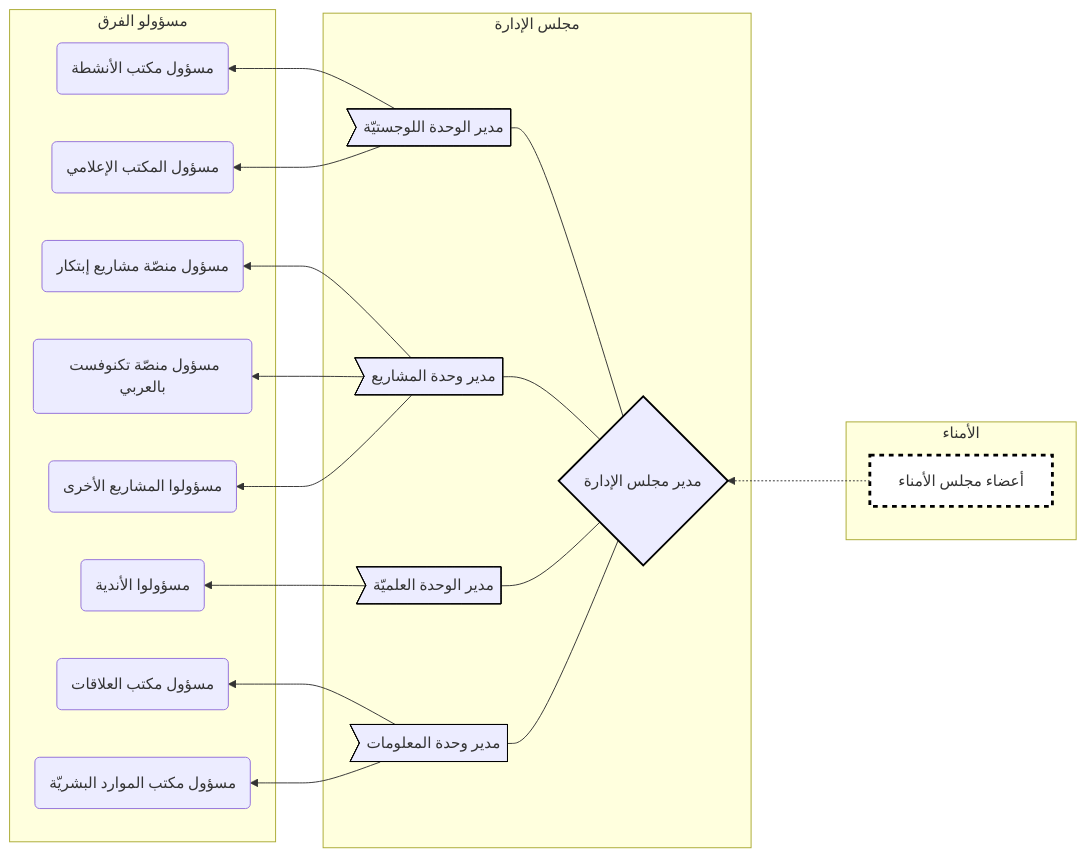
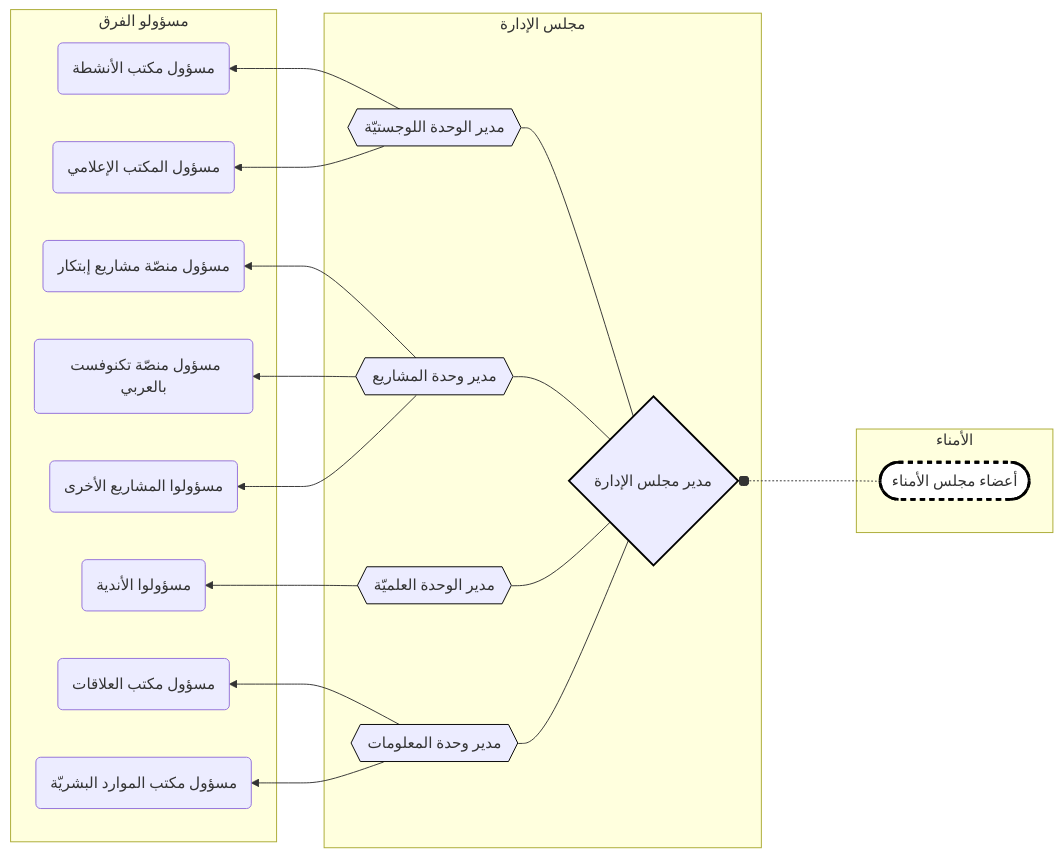
The second of 2 diagrams in README22.md (cankanalbir/system1), drawn with Mermaid before and after one commit. The commit also changed other lines of this file, not shown here.

````diff
--- a/README22.md
+++ b/README22.md
@@ -103,37 +130,37 @@
 ``` mermaid
 flowchart RL
 
 subgraph 0 [الأمناء]
-BOT[أعضاء مجلس الأمناء]
+BOT([أعضاء مجلس الأمناء])
 end
 
-BOT -..-> BOD{مدير مجلس الإدارة}
+BOT -..-o BOD{مدير مجلس الإدارة}
 style BOT fill:white,stroke:black,stroke-width:3px,stroke-dasharray: 5 5
 style BOD stroke:black,stroke-width:2px
 
 subgraph 1 [مجلس الإدارة]
-BOD --- scientific>مدير الوحدة العلميّة]
-BOD --- projects>مدير وحدة المشاريع]
-BOD --- logistics>مدير الوحدة اللوجستيّة]
-BOD --- information>مدير وحدة المعلومات]
+BOD --- scientific{{مدير الوحدة العلميّة}}
+BOD --- projects{{مدير وحدة المشاريع}}
+BOD --- logistics{{مدير الوحدة اللوجستيّة}}
+BOD --- information{{مدير وحدة المعلومات}}
 end
 
 style scientific stroke:black
 style projects stroke:black
 style logistics stroke:black
 style information stroke:black
 
 subgraph 2 [مسؤولو الفرق]
 logistics --> l1(مسؤول مكتب الأنشطة)
 logistics --> l2(مسؤول المكتب الإعلامي)
 
 projects --> p1(مسؤول منصّة مشاريع إبتكار)
 projects --> p3(مسؤول منصّة تكنوفست بالعربي)
 projects --> p2(مسؤولوا المشاريع الأخرى)
 
 scientific --> s1(مسؤولوا الأندية)
 
 information --> i1(مسؤول مكتب العلاقات)
 information --> i2(مسؤول مكتب الموارد البشريّة)
 end
 ```
````
